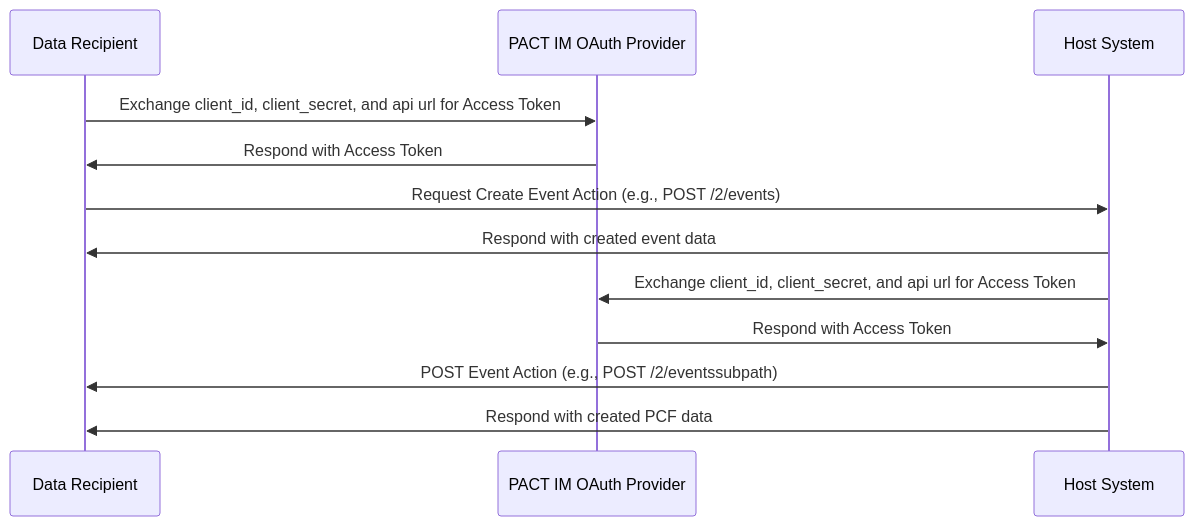
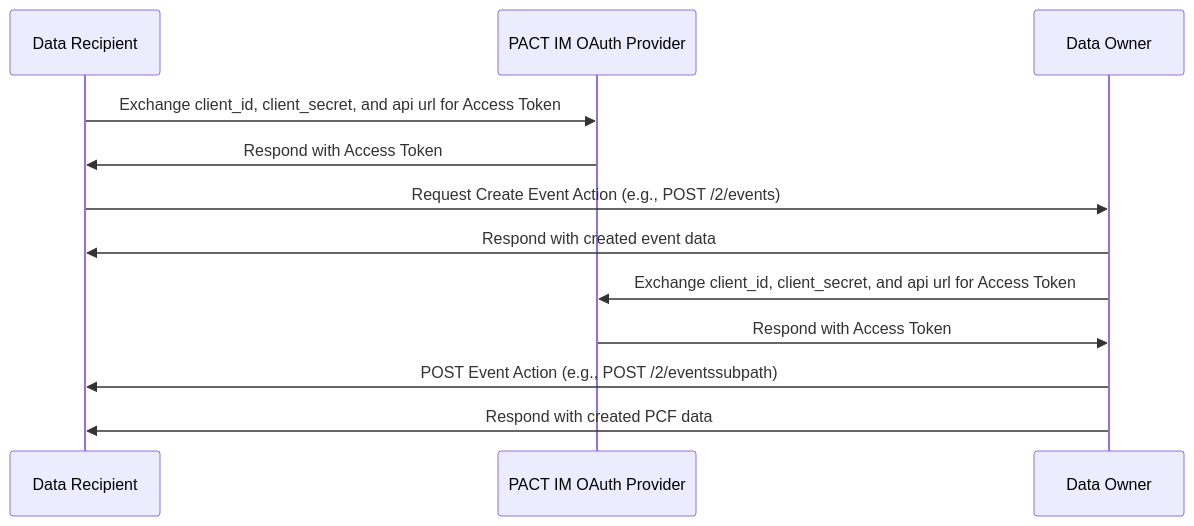
One commit to wbcsd/pact-directory-service changed the third of 4 diagrams in docs/diagrams.md. Above: the diagram before and after it, drawn with Mermaid. The commit also changed other lines of this file and 5 other files, not shown here.

````diff
--- a/docs/diagrams.md
+++ b/docs/diagrams.md
@@ -32,18 +32,18 @@
 ```mermaid
 sequenceDiagram
     participant Client as Data Recipient
     participant OAuthProvider as PACT IM OAuth Provider
-    participant API as Host System
+    participant API as Data Owner
 
     Client->>OAuthProvider: Exchange client_id, client_secret, and api url for Access Token
     OAuthProvider->>Client: Respond with Access Token
 
     Client->>API: Request Create Event Action (e.g., POST /2/events)
     API->>Client: Respond with created event data
 
     API->>OAuthProvider: Exchange client_id, client_secret, and api url for Access Token
     OAuthProvider->>API: Respond with Access Token
 
     API->>Client: POST Event Action (e.g., POST /2/eventssubpath)
     API->>Client: Respond with created PCF data
 ```
````
